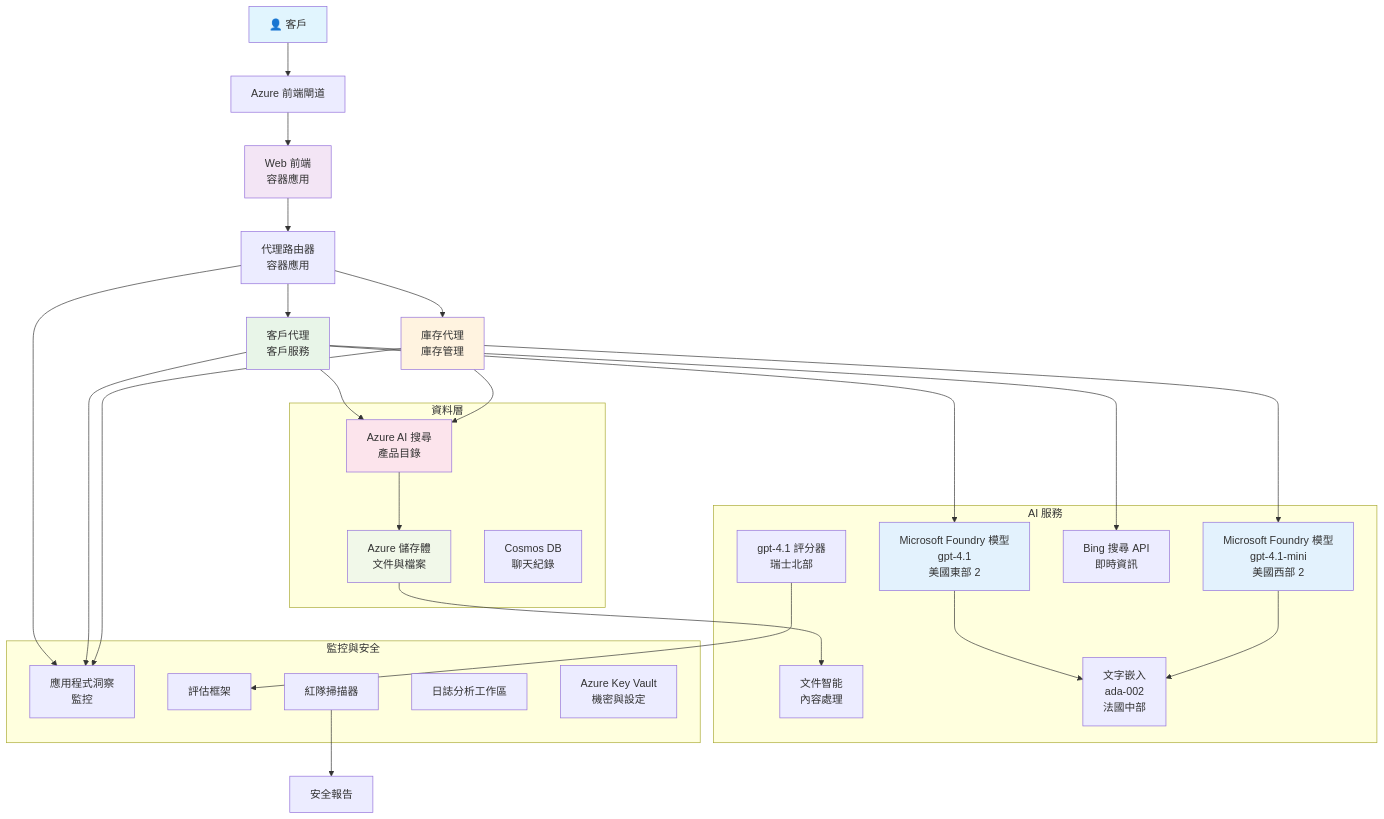
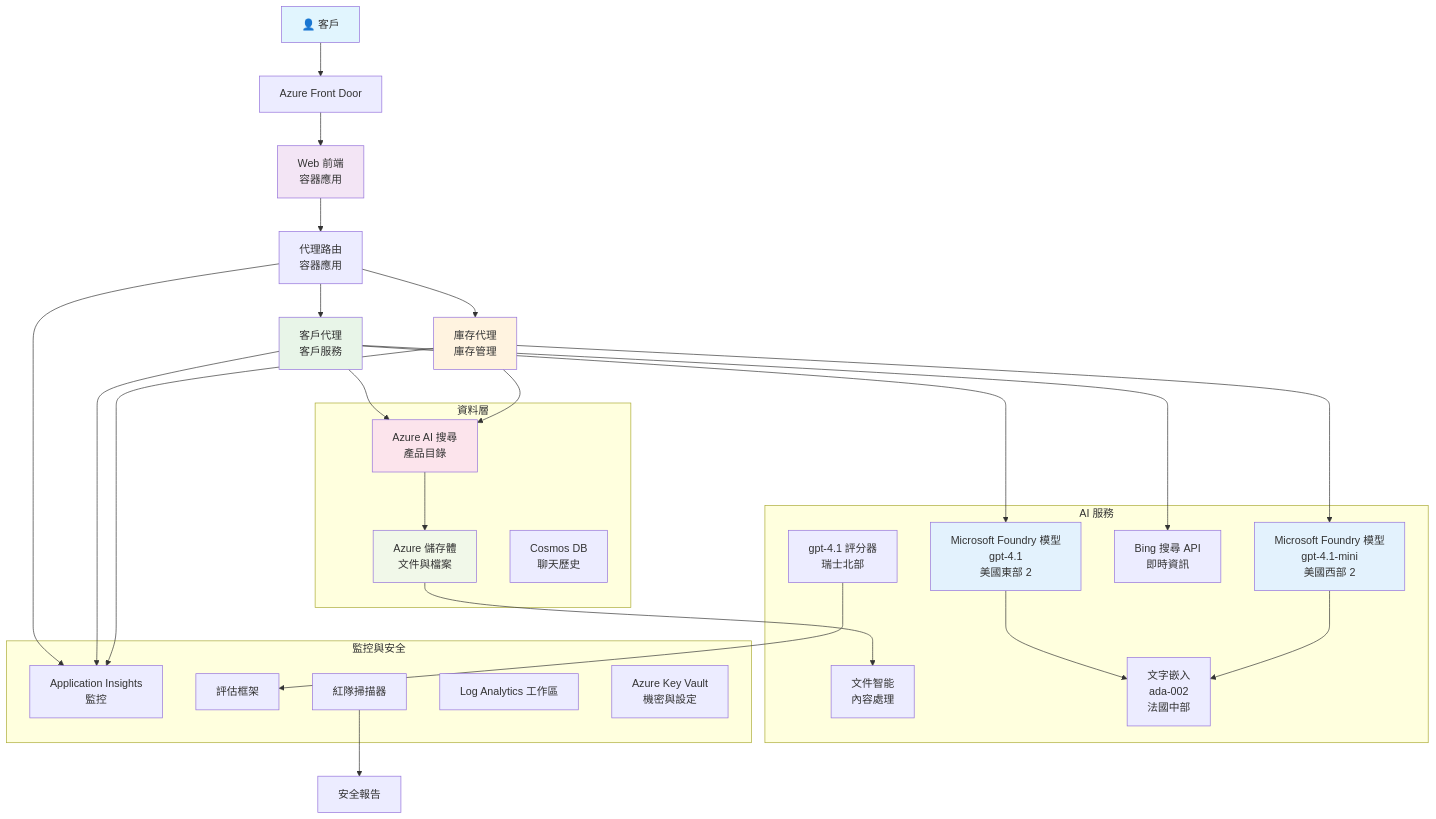
Before and after one commit to microsoft/AZD-for-beginners: the diagram in translations/zh-MO/examples/retail-scenario.md, drawn with Mermaid. The commit also changed other lines of this file and 104 other files, not shown here.

````diff
--- a/translations/zh-MO/examples/retail-scenario.md
+++ b/translations/zh-MO/examples/retail-scenario.md
@@ -139,61 +139,61 @@
 ```mermaid
 graph TB
-    User[👤 客戶] --> LB[Azure 前端閘道]
+    User[👤 客戶] --> LB[Azure Front Door]
     LB --> WebApp[Web 前端<br/>容器應用]
     
-    WebApp --> Router[代理路由器<br/>容器應用]
+    WebApp --> Router[代理路由<br/>容器應用]
     Router --> CustomerAgent[客戶代理<br/>客戶服務]
     Router --> InvAgent[庫存代理<br/>庫存管理]
     
     CustomerAgent --> OpenAI1[Microsoft Foundry 模型<br/>gpt-4.1<br/>美國東部 2]
     InvAgent --> OpenAI2[Microsoft Foundry 模型<br/>gpt-4.1-mini<br/>美國西部 2]
     
     CustomerAgent --> AISearch[Azure AI 搜尋<br/>產品目錄]
     CustomerAgent --> BingSearch[Bing 搜尋 API<br/>即時資訊]
     InvAgent --> AISearch
     
     AISearch --> Storage[Azure 儲存體<br/>文件與檔案]
     Storage --> DocIntel[文件智能<br/>內容處理]
     
     OpenAI1 --> Embeddings[文字嵌入<br/>ada-002<br/>法國中部]
     OpenAI2 --> Embeddings
     
-    Router --> AppInsights[應用程式洞察<br/>監控]
+    Router --> AppInsights[Application Insights<br/>監控]
     CustomerAgent --> AppInsights
     InvAgent --> AppInsights
     
     GraderModel[gpt-4.1 評分器<br/>瑞士北部] --> Evaluation[評估框架]
     RedTeam[紅隊掃描器] --> SecurityReports[安全報告]
     
     subgraph "資料層"
         Storage
         AISearch
-        CosmosDB[Cosmos DB<br/>聊天紀錄]
+        CosmosDB[Cosmos DB<br/>聊天歷史]
     end
     
     subgraph "AI 服務"
         OpenAI1
         OpenAI2
         Embeddings
         GraderModel
         DocIntel
         BingSearch
     end
     
     subgraph "監控與安全"
         AppInsights
-        LogAnalytics[日誌分析工作區]
+        LogAnalytics[Log Analytics 工作區]
         KeyVault[Azure Key Vault<br/>機密與設定]
         RedTeam
         Evaluation
     end
     
     style User fill:#e1f5fe
     style WebApp fill:#f3e5f5
     style CustomerAgent fill:#e8f5e8
     style InvAgent fill:#fff3e0
     style OpenAI1 fill:#e3f2fd
     style OpenAI2 fill:#e3f2fd
     style AISearch fill:#fce4ec
     style Storage fill:#f1f8e9
 ```
````
